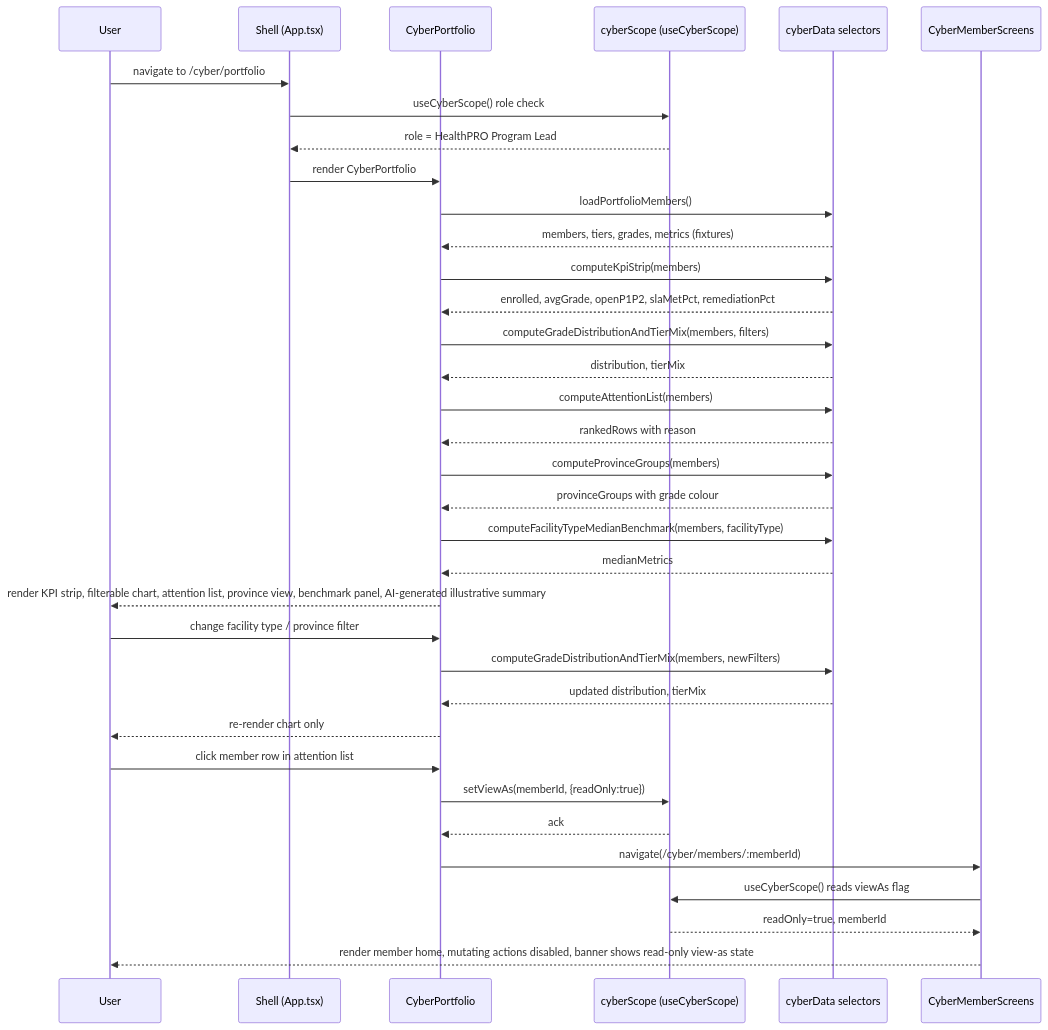
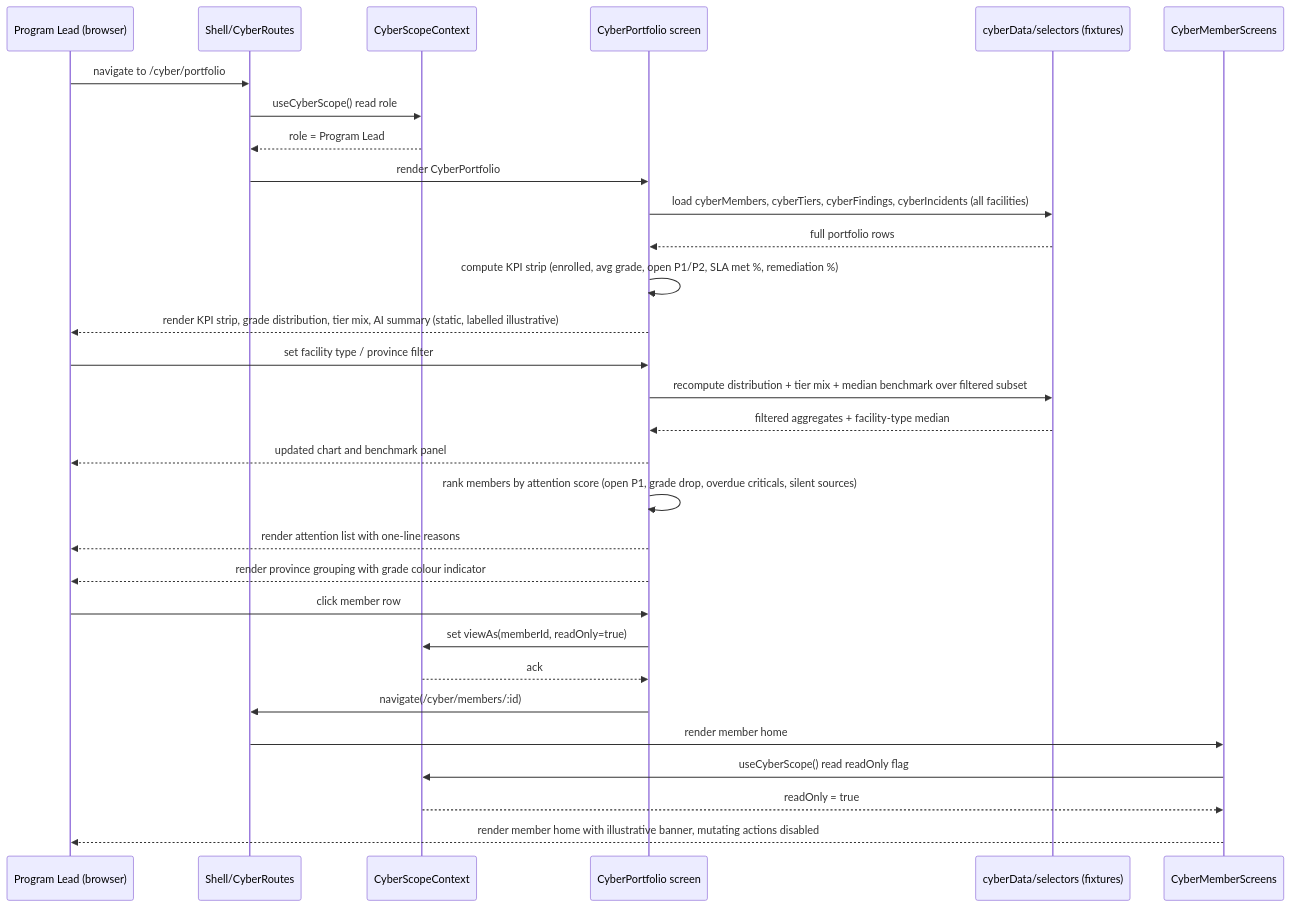
One commit to CyberhiveTechnologyPartners/Test-PRD changed the diagram in docs/design/CYBER-G1/story-sequence.mmd. Above: the diagram before and after it, drawn with Mermaid.

Commit message:
docs(design): record the story sequence-view for CYBER-G1

```diff
--- a/docs/design/CYBER-G1/story-sequence.mmd
+++ b/docs/design/CYBER-G1/story-sequence.mmd
@@ -1,43 +1,40 @@
 sequenceDiagram
-  participant User
-  participant Shell as Shell (App.tsx)
-  participant Portfolio as CyberPortfolio
-  participant Scope as cyberScope (useCyberScope)
-  participant Data as cyberData selectors
+  participant Lead as Program Lead (browser)
+  participant Shell as Shell/CyberRoutes
+  participant Scope as CyberScopeContext
+  participant Portfolio as CyberPortfolio screen
+  participant Data as cyberData/selectors (fixtures)
   participant MemberHome as CyberMemberScreens
 
-  User->>Shell: navigate to /cyber/portfolio
-  Shell->>Scope: useCyberScope() role check
-  Scope-->>Shell: role = HealthPRO Program Lead
+  Lead->>Shell: navigate to /cyber/portfolio
+  Shell->>Scope: useCyberScope() read role
+  Scope-->>Shell: role = Program Lead
   Shell->>Portfolio: render CyberPortfolio
-  Portfolio->>Data: loadPortfolioMembers()
-  Data-->>Portfolio: members, tiers, grades, metrics (fixtures)
-  Portfolio->>Data: computeKpiStrip(members)
-  Data-->>Portfolio: enrolled, avgGrade, openP1P2, slaMetPct, remediationPct
-  Portfolio->>Data: computeGradeDistributionAndTierMix(members, filters)
-  Data-->>Portfolio: distribution, tierMix
-  Portfolio->>Data: computeAttentionList(members)
-  Data-->>Portfolio: rankedRows with reason
-  Portfolio->>Data: computeProvinceGroups(members)
-  Data-->>Portfolio: provinceGroups with grade colour
-  Portfolio->>Data: computeFacilityTypeMedianBenchmark(members, facilityType)
-  Data-->>Portfolio: medianMetrics
-  Portfolio-->>User: render KPI strip, filterable chart, attention list, province view, benchmark panel, AI-generated illustrative summary
-  User->>Portfolio: change facility type / province filter
-  Portfolio->>Data: computeGradeDistributionAndTierMix(members, newFilters)
-  Data-->>Portfolio: updated distribution, tierMix
-  Portfolio-->>User: re-render chart only
-  User->>Portfolio: click member row in attention list
-  Portfolio->>Scope: setViewAs(memberId, {readOnly:true})
+  Portfolio->>Data: load cyberMembers, cyberTiers, cyberFindings, cyberIncidents (all facilities)
+  Data-->>Portfolio: full portfolio rows
+  Portfolio->>Portfolio: compute KPI strip (enrolled, avg grade, open P1/P2, SLA met %, remediation %)
+  Portfolio-->>Lead: render KPI strip, grade distribution, tier mix, AI summary (static, labelled illustrative)
+  Lead->>Portfolio: set facility type / province filter
+  Portfolio->>Data: recompute distribution + tier mix + median benchmark over filtered subset
+  Data-->>Portfolio: filtered aggregates + facility-type median
+  Portfolio-->>Lead: updated chart and benchmark panel
+  Portfolio->>Portfolio: rank members by attention score (open P1, grade drop, overdue criticals, silent sources)
+  Portfolio-->>Lead: render attention list with one-line reasons
+  Portfolio-->>Lead: render province grouping with grade colour indicator
+  Lead->>Portfolio: click member row
+  Portfolio->>Scope: set viewAs(memberId, readOnly=true)
   Scope-->>Portfolio: ack
-  Portfolio->>MemberHome: navigate(/cyber/members/:memberId)
-  MemberHome->>Scope: useCyberScope() reads viewAs flag
-  Scope-->>MemberHome: readOnly=true, memberId
-  MemberHome-->>User: render member home, mutating actions disabled, banner shows read-only view-as state
+  Portfolio->>Shell: navigate(/cyber/members/:id)
+  Shell->>MemberHome: render member home
+  MemberHome->>Scope: useCyberScope() read readOnly flag
+  Scope-->>MemberHome: readOnly = true
+  MemberHome-->>Lead: render member home with illustrative banner, mutating actions disabled
 %% Files this story is expected to touch:
 %% - src/CyberPortfolio.tsx
+%% - src/CyberRoutes.tsx
+%% - src/CyberScopeContext.tsx
 %% - src/cyberData.ts
-%% - src/cyberScope.tsx
 %% - src/CyberMemberScreens.tsx
 %% - src/cyber.css
+%% - src/CyberSidebar.tsx
 %% - src/portfolio.spec.ts
```
